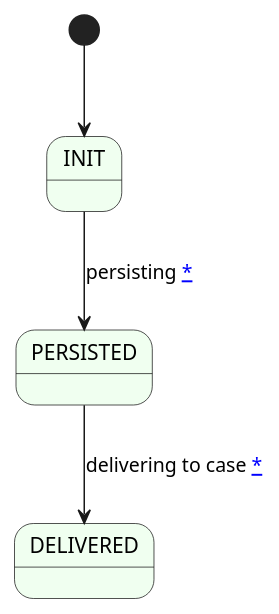
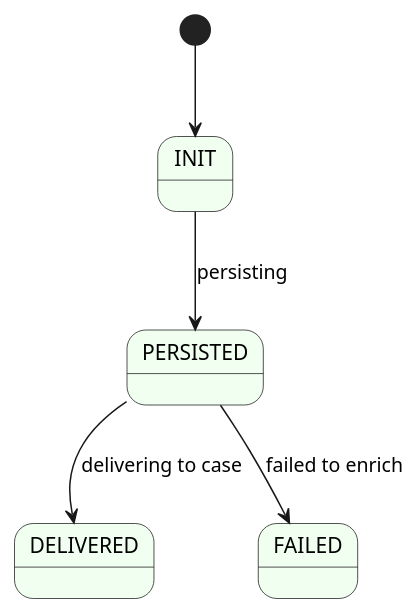
One commit to ONSdigital/rm-sample-service changed the diagram in diagrams/sample-unit-state.puml. Above: the diagram before and after it, drawn with PlantUML. The commit also changed 12 other files, not shown here.

```diff
--- a/diagrams/sample-unit-state.puml
+++ b/diagrams/sample-unit-state.puml
@@ -1,9 +1,10 @@
 @startuml
 skinparam state {
     BackgroundColor HoneyDew
 }
 
 [*] --> INIT
-INIT --> PERSISTED : persisting [[https://github.com/ONSdigital/rm-sample-service/blob/main/src/main/java/uk/gov/ons/ctp/response/sample/service/impl/SampleServiceImpl.java#L201 *]]
-PERSISTED --> DELIVERED : delivering to case [[https://github.com/ONSdigital/rm-sample-service/blob/main/src/main/java/uk/gov/ons/ctp/response/sample/service/SampleDistributionService.java#L103 *]]
+INIT --> PERSISTED : persisting
+PERSISTED --> DELIVERED : delivering to case
+PERSISTED --> FAILED : failed to enrich
 @enduml
```
